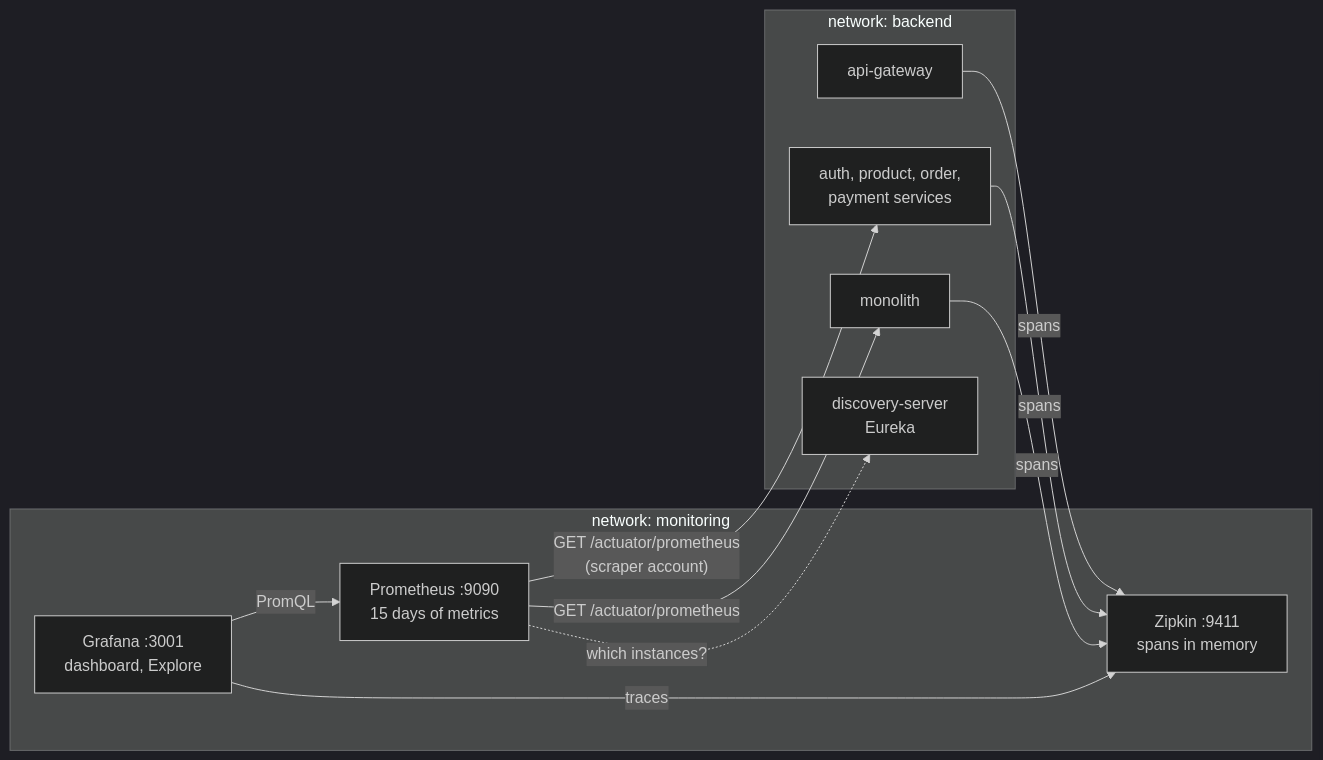
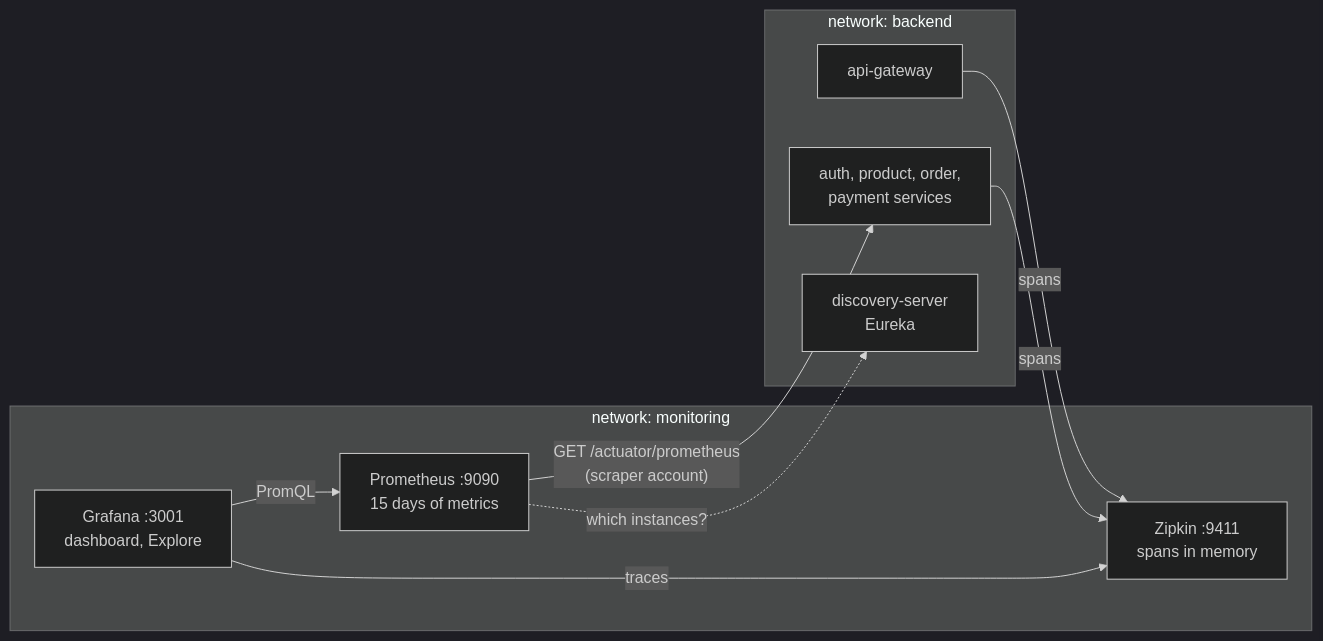
The third of 4 diagrams in docs/architecture.md (monssefbaakka/ecommerce-microservices), drawn with Mermaid (dark theme) before and after one commit. The commit also changed other lines of this file and 9 other files, not shown here.

````diff
--- a/docs/architecture.md
+++ b/docs/architecture.md
@@ -171,24 +167,21 @@
 ```mermaid
 flowchart LR
     subgraph backend["network: backend"]
         gateway["api-gateway"]
         services["auth, product, order,<br/>payment services"]
-        monolith["monolith"]
         eureka["discovery-server<br/>Eureka"]
     end
 
     subgraph monitoring["network: monitoring"]
         zipkin["Zipkin :9411<br/>spans in memory"]
         prometheus["Prometheus :9090<br/>15 days of metrics"]
         grafana["Grafana :3001<br/>dashboard, Explore"]
     end
 
     gateway -- "spans" --> zipkin
     services -- "spans" --> zipkin
-    monolith -- "spans" --> zipkin
     prometheus -. "which instances?" .-> eureka
     prometheus -- "GET /actuator/prometheus<br/>(scraper account)" --> services
-    prometheus -- "GET /actuator/prometheus" --> monolith
     grafana -- "PromQL" --> prometheus
     grafana -- "traces" --> zipkin
 ```
````
